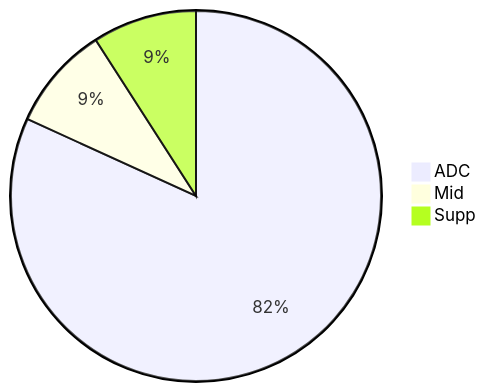
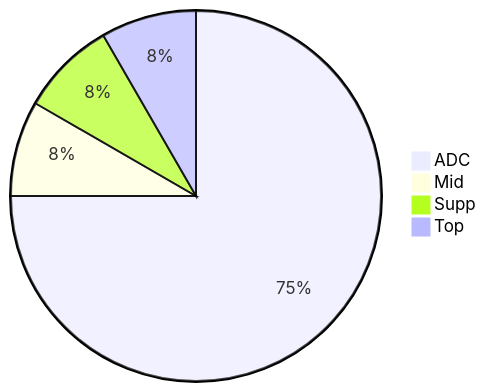
One commit to flowinho/zensical-website changed the first of 5 diagrams in docs/gaming/wild-rift.md. Above: the diagram before and after it, drawn with Mermaid. The commit also changed other lines of this file, not shown here.

````diff
--- a/docs/gaming/wild-rift.md
+++ b/docs/gaming/wild-rift.md
@@ -56,6 +56,7 @@
 ```mermaid
 pie 
     "ADC" : 9
     "Mid" : 1
     "Supp" : 1
+    "Top" : 1
 ```
````
